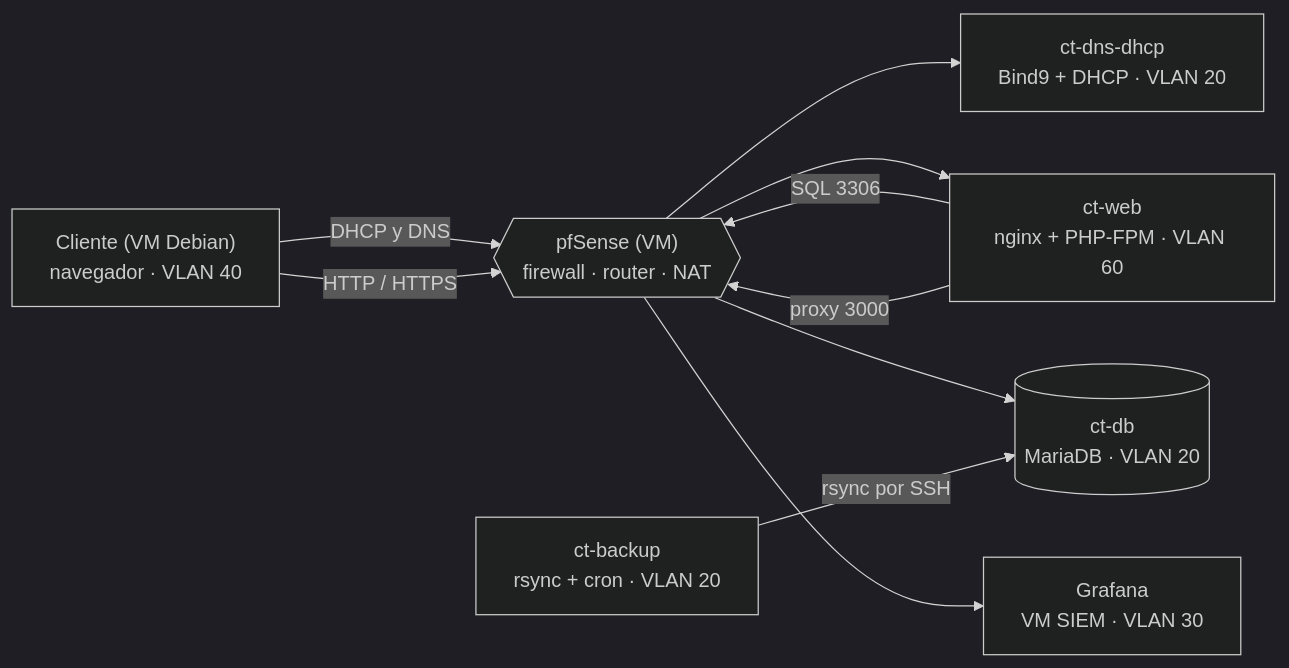
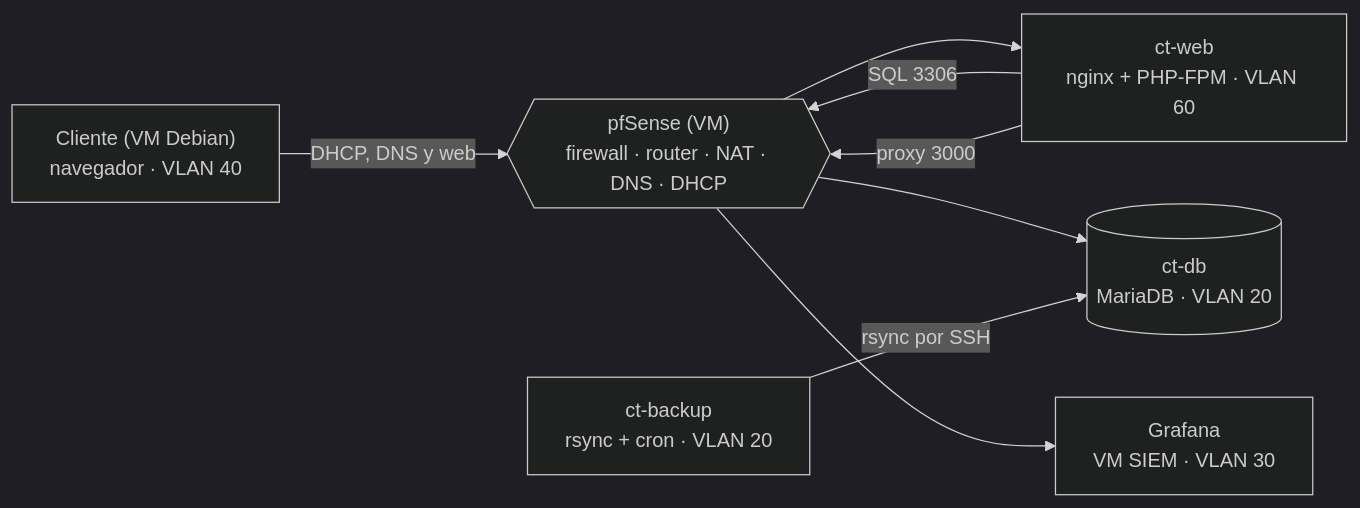
Before and after one commit to alexnaranjooo/APUNTES-ASIX: the diagram in docs/honeynet/introduccion-al-proyecto/arquitectura-del-software/README.md, drawn with Mermaid (dark theme). The commit also changed other lines of this file and 11 other files, not shown here.

Commit message:
GITBOOK-97: DNS y DHCP en pfSense: documentación al día

````diff
--- a/docs/honeynet/introduccion-al-proyecto/arquitectura-del-software/README.md
+++ b/docs/honeynet/introduccion-al-proyecto/arquitectura-del-software/README.md
@@ -24,20 +24,17 @@
 ```mermaid
 flowchart LR
     CL["Cliente (VM Debian)<br/>navegador · VLAN 40"]
-    PF{{"pfSense (VM)<br/>firewall · router · NAT"}}
-    DNS["ct-dns-dhcp<br/>Bind9 + DHCP · VLAN 20"]
+    PF{{"pfSense (VM)<br/>firewall · router · NAT · DNS · DHCP"}}
     WEB["ct-web<br/>nginx + PHP-FPM · VLAN 60"]
     DB[("ct-db<br/>MariaDB · VLAN 20")]
     BK["ct-backup<br/>rsync + cron · VLAN 20"]
     GF["Grafana<br/>VM SIEM · VLAN 30"]
 
-    CL -- "DHCP y DNS" --> PF
-    PF --> DNS
-    CL -- "HTTP / HTTPS" --> PF
+    CL -- "DHCP, DNS y web" --> PF
     PF --> WEB
     WEB -- "SQL 3306" --> PF
     PF --> DB
     WEB -- "proxy 3000" --> PF
     PF --> GF
     BK -- "rsync por SSH" --> DB
 ```
````
